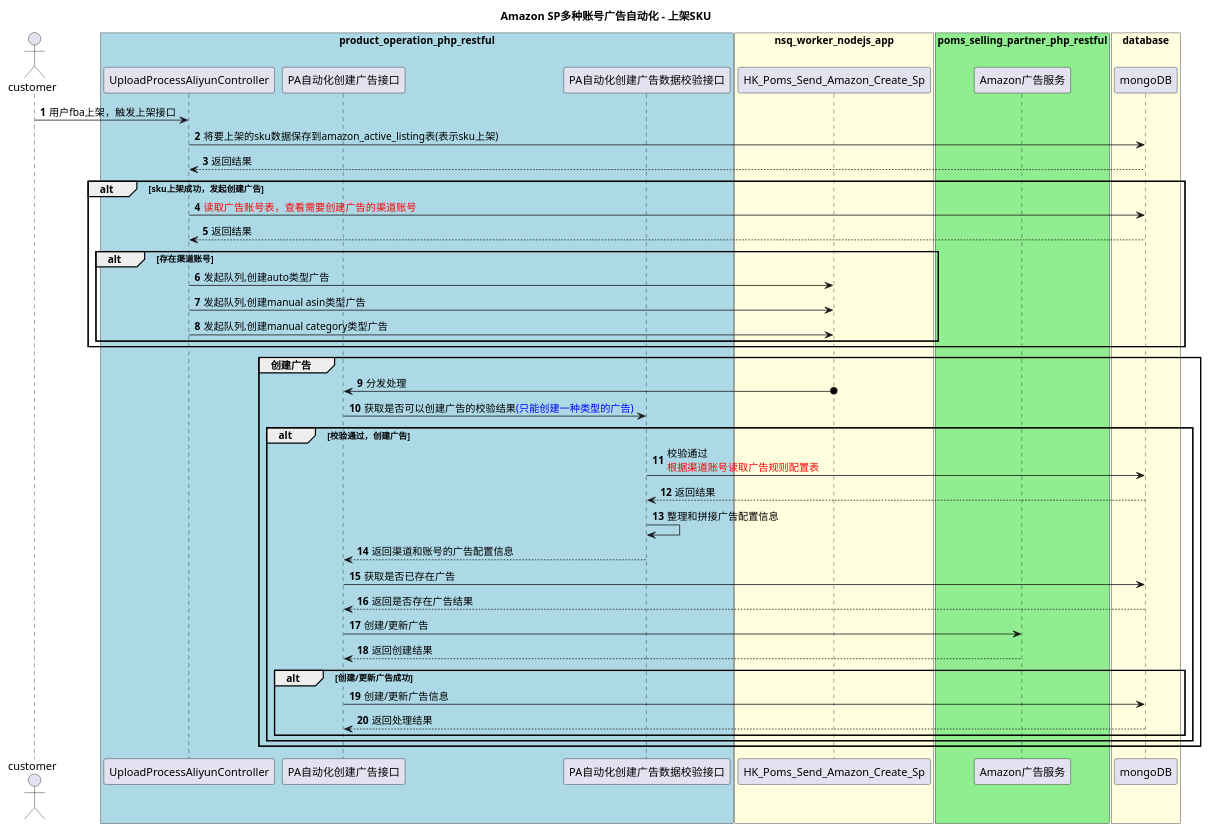
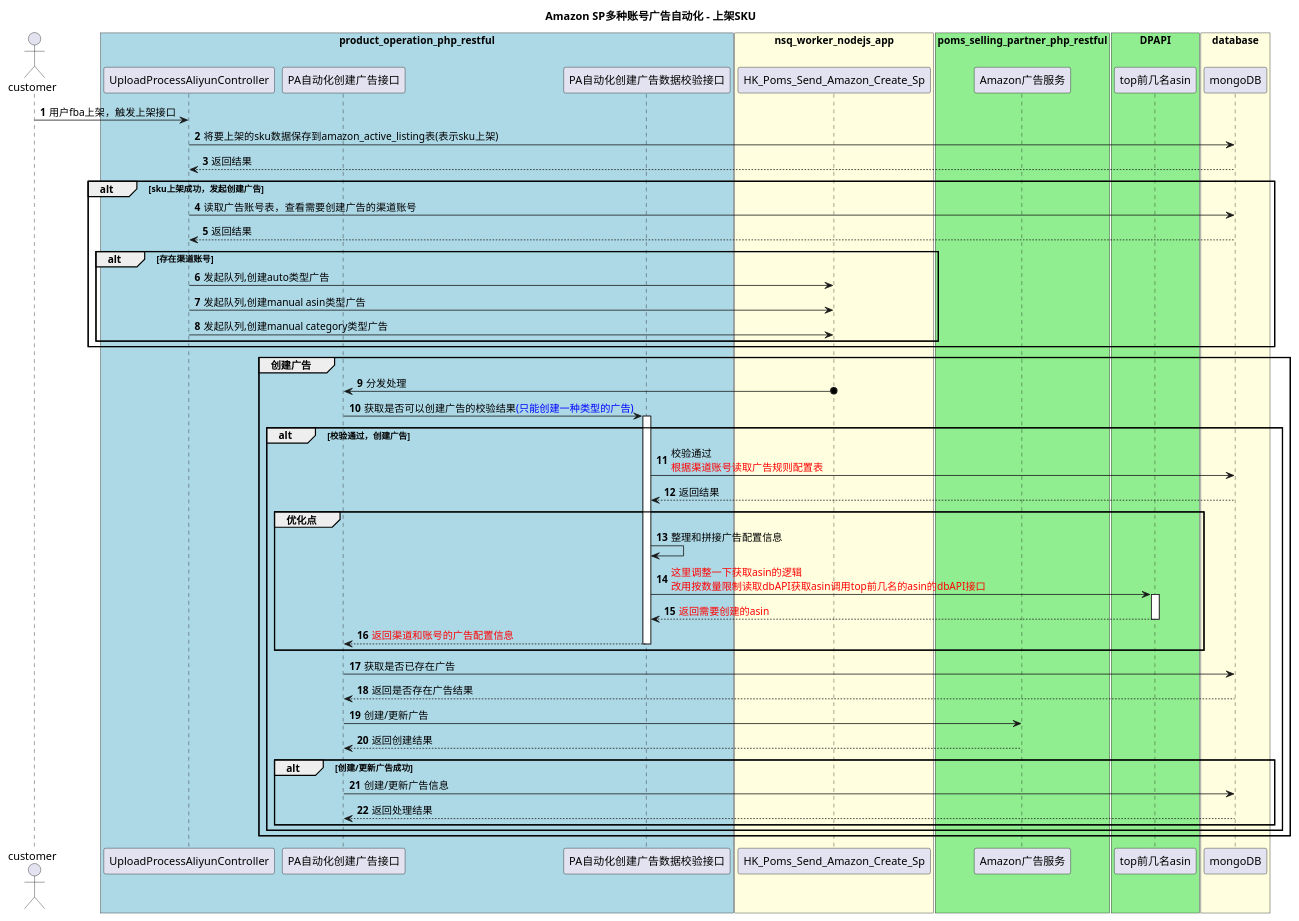
One commit to shallowdream1997/ShallowDream-LeetCode-PHP changed the diagram in uml/广告账号规则 - 上架.puml. Above: the diagram before and after it, drawn with PlantUML. The commit also changed 5 other files, not shown here.

```diff
--- a/uml/广告账号规则 - 上架.puml
+++ b/uml/广告账号规则 - 上架.puml
@@ -1,62 +1,73 @@
 @startuml
 title Amazon SP多种账号广告自动化 - 上架SKU
 autonumber
 actor "customer" as customer
 box "product_operation_php_restful" #lightBlue
 
 participant "UploadProcessAliyunController" as uploadPrecess
 participant "PA自动化创建广告接口" as paAutoAmazonSP
 participant "PA自动化创建广告数据校验接口" as paAutoAmazonSPValidate
 end box
 
 box "nsq_worker_nodejs_app" #lightYellow
 participant "HK_Poms_Send_Amazon_Create_Sp" as HK_Poms_Send_Amazon_Create_Sp
 end box
 
 box "poms_selling_partner_php_restful" #lightGreen
 participant "Amazon广告服务" as amazon
 end box
 
+box "DPAPI" #lightGreen
+participant "top前几名asin" as api
+end box
+
+
 box "database" #lightYellow
 participant "mongoDB" as db
 end box
 customer -> uploadPrecess : 用户fba上架，触发上架接口
 uploadPrecess -> db : 将要上架的sku数据保存到amazon_active_listing表(表示sku上架)
 db --> uploadPrecess : 返回结果
 alt sku上架成功，发起创建广告
-uploadPrecess -> db : <color #red>读取广告账号表，查看需要创建广告的渠道账号
+uploadPrecess -> db : 读取广告账号表，查看需要创建广告的渠道账号
 db --> uploadPrecess : 返回结果
 alt 存在渠道账号
 uploadPrecess -> HK_Poms_Send_Amazon_Create_Sp : 发起队列,创建auto类型广告
 uploadPrecess -> HK_Poms_Send_Amazon_Create_Sp : 发起队列,创建manual asin类型广告
 uploadPrecess -> HK_Poms_Send_Amazon_Create_Sp : 发起队列,创建manual category类型广告
 end
 end
 
 group 创建广告
 HK_Poms_Send_Amazon_Create_Sp o-> paAutoAmazonSP : 分发处理
 paAutoAmazonSP -> paAutoAmazonSPValidate : 获取是否可以创建广告的校验结果<color #blue>(只能创建一种类型的广告)
 
 alt 校验通过，创建广告
+activate paAutoAmazonSPValidate
 paAutoAmazonSPValidate -> db : 校验通过\n<color #red>根据渠道账号读取广告规则配置表
 db --> paAutoAmazonSPValidate : 返回结果
+group 优化点
 paAutoAmazonSPValidate -> paAutoAmazonSPValidate : 整理和拼接广告配置信息
-
-paAutoAmazonSPValidate --> paAutoAmazonSP : 返回渠道和账号的广告配置信息
-
+paAutoAmazonSPValidate -> api : <color #red>这里调整一下获取asin的逻辑\n<color #red>改用按数量限制读取dbAPI获取asin调用top前几名的asin的dbAPI接口
+activate api
+api --> paAutoAmazonSPValidate : <color #red>返回需要创建的asin
+deactivate api
+paAutoAmazonSPValidate --> paAutoAmazonSP : <color #red>返回渠道和账号的广告配置信息
+deactivate paAutoAmazonSPValidate
+end
 paAutoAmazonSP -> db : 获取是否已存在广告
 db --> paAutoAmazonSP : 返回是否存在广告结果
 
 
 paAutoAmazonSP -> amazon : 创建/更新广告
 amazon --> paAutoAmazonSP : 返回创建结果
 
 alt 创建/更新广告成功
 paAutoAmazonSP -> db : 创建/更新广告信息
 db --> paAutoAmazonSP : 返回处理结果
 end
 end
 end
 
 
 @enduml
```
